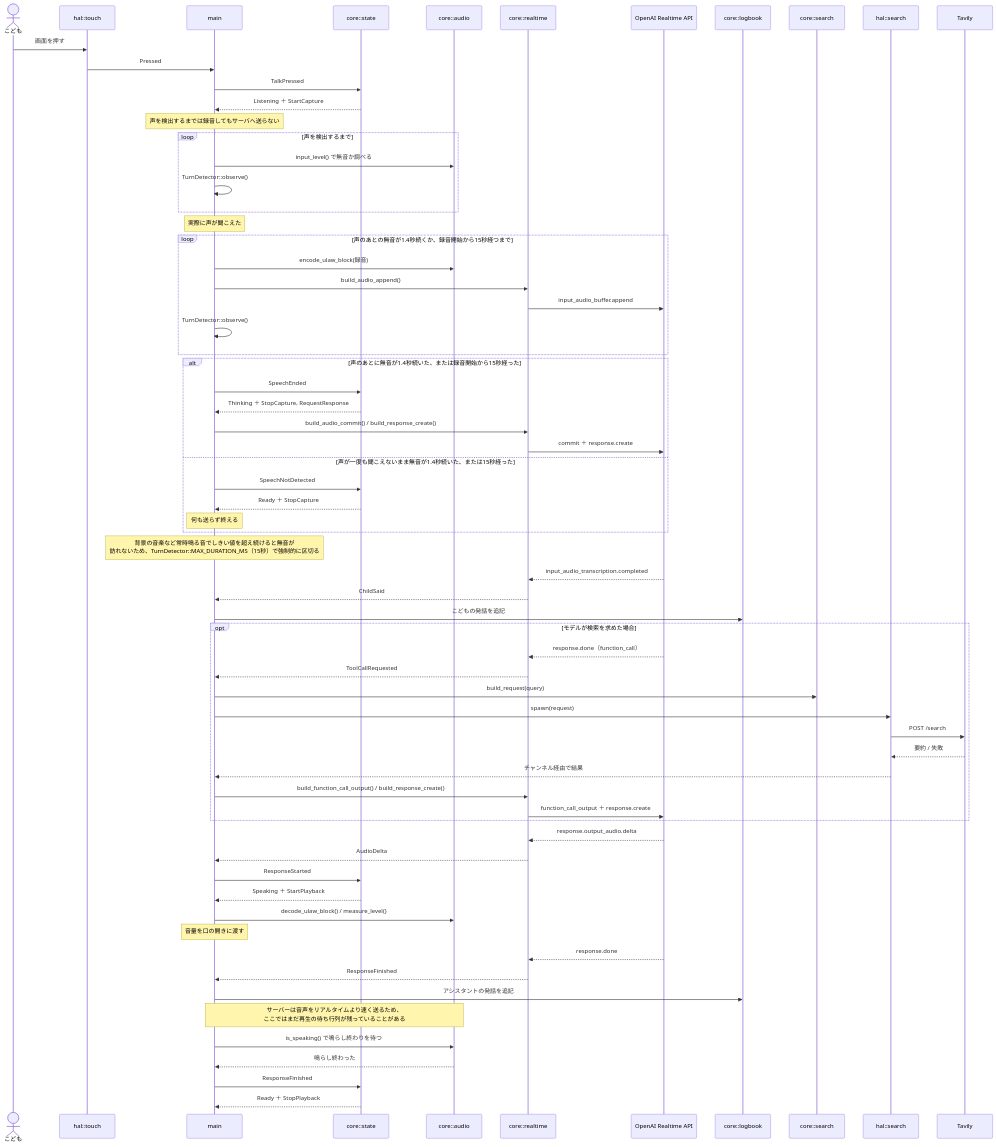
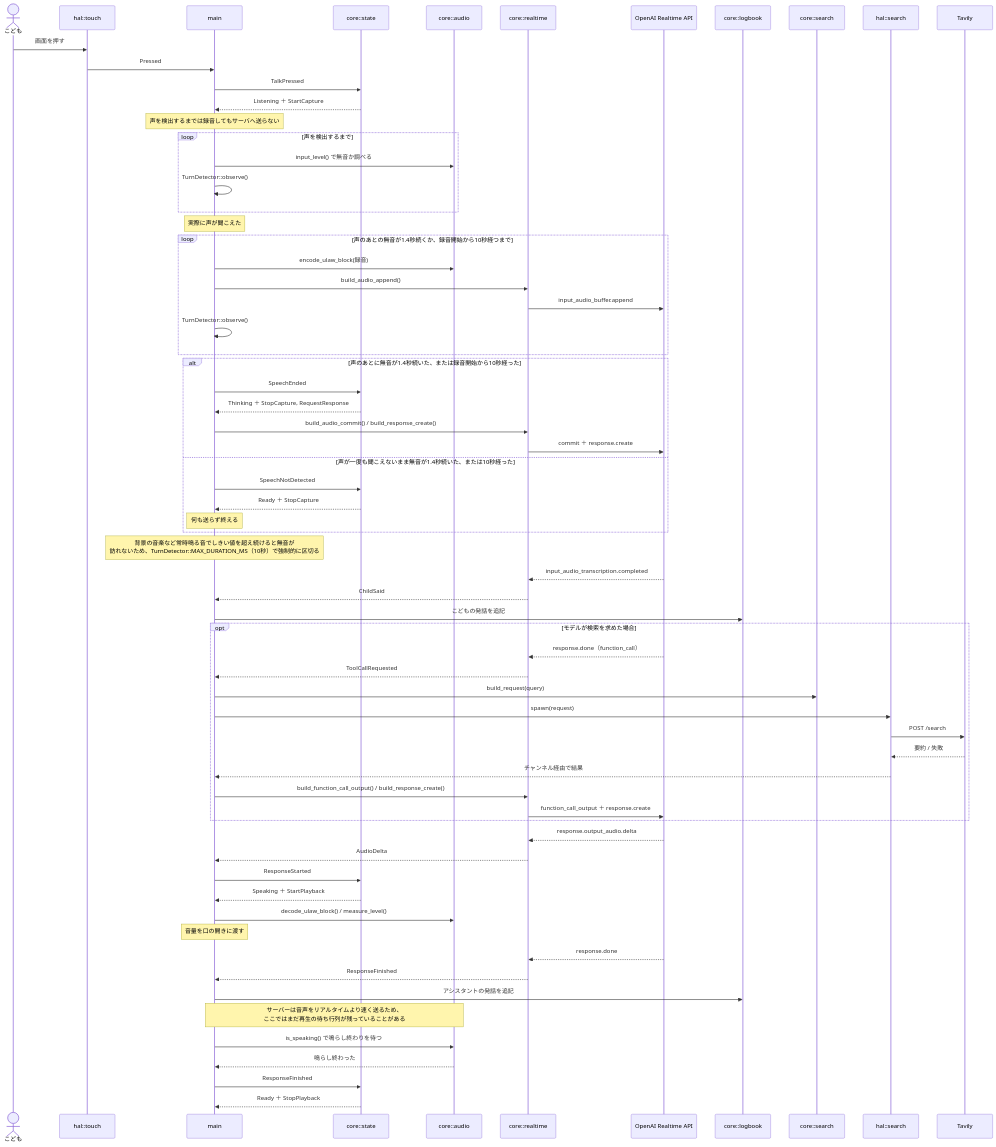
One commit to kibou-vision/m5a changed the second of 3 diagrams in docs/design/conversation.md. Above: the diagram before and after it, drawn with Mermaid. The commit also changed 6 other files, not shown here.

````diff
--- a/docs/design/conversation.md
+++ b/docs/design/conversation.md
@@ -35,77 +35,77 @@
 ```mermaid
 sequenceDiagram
   actor Child as こども
   participant Touch as hal::touch
   participant Main as main
   participant State as core::state
   participant Audio as core::audio
   participant Proto as core::realtime
   participant API as OpenAI Realtime API
   participant Log as core::logbook
   participant Search as core::search
   participant HalSearch as hal::search
   participant Tavily as Tavily
 
   Child->>Touch: 画面を押す
   Touch->>Main: Pressed
   Main->>State: TalkPressed
   State-->>Main: Listening ＋ StartCapture
   Note over Main: 声を検出するまでは録音してもサーバへ送らない
 
   loop 声を検出するまで
     Main->>Audio: input_level() で無音か調べる
     Main->>Main: TurnDetector::observe()
   end
 
   Note over Main: 実際に声が聞こえた
-  loop 声のあとの無音が1.4秒続くか、録音開始から15秒経つまで
+  loop 声のあとの無音が1.4秒続くか、録音開始から10秒経つまで
     Main->>Audio: encode_ulaw_block(録音)
     Main->>Proto: build_audio_append()
     Proto->>API: input_audio_buffer.append
     Main->>Main: TurnDetector::observe()
   end
 
-  alt 声のあとに無音が1.4秒続いた、または録音開始から15秒経った
+  alt 声のあとに無音が1.4秒続いた、または録音開始から10秒経った
     Main->>State: SpeechEnded
     State-->>Main: Thinking ＋ StopCapture, RequestResponse
     Main->>Proto: build_audio_commit() / build_response_create()
     Proto->>API: commit ＋ response.create
-  else 声が一度も聞こえないまま無音が1.4秒続いた、または15秒経った
+  else 声が一度も聞こえないまま無音が1.4秒続いた、または10秒経った
     Main->>State: SpeechNotDetected
     State-->>Main: Ready ＋ StopCapture
     Note over Main: 何も送らず終える
   end
-  Note over Main: 背景の音楽など常時鳴る音でしきい値を超え続けると無音が<br/>訪れないため、TurnDetector::MAX_DURATION_MS（15秒）で強制的に区切る
+  Note over Main: 背景の音楽など常時鳴る音でしきい値を超え続けると無音が<br/>訪れないため、TurnDetector::MAX_DURATION_MS（10秒）で強制的に区切る
 
   API-->>Proto: input_audio_transcription.completed
   Proto-->>Main: ChildSaid
   Main->>Log: こどもの発話を追記
 
   opt モデルが検索を求めた場合
     API-->>Proto: response.done（function_call）
     Proto-->>Main: ToolCallRequested
     Main->>Search: build_request(query)
     Main->>HalSearch: spawn(request)
     HalSearch->>Tavily: POST /search
     Tavily-->>HalSearch: 要約 / 失敗
     HalSearch-->>Main: チャンネル経由で結果
     Main->>Proto: build_function_call_output() / build_response_create()
     Proto->>API: function_call_output ＋ response.create
   end
 
   API-->>Proto: response.output_audio.delta
   Proto-->>Main: AudioDelta
   Main->>State: ResponseStarted
   State-->>Main: Speaking ＋ StartPlayback
   Main->>Audio: decode_ulaw_block() / measure_level()
   Note over Main: 音量を口の開きに渡す
 
   API-->>Proto: response.done
   Proto-->>Main: ResponseFinished
   Main->>Log: アシスタントの発話を追記
   Note over Main,Audio: サーバーは音声をリアルタイムより速く送るため、<br/>ここではまだ再生の待ち行列が残っていることがある
   Main->>Audio: is_speaking() で鳴らし終わりを待つ
   Audio-->>Main: 鳴らし終わった
   Main->>State: ResponseFinished
   State-->>Main: Ready ＋ StopPlayback
 ```
````
